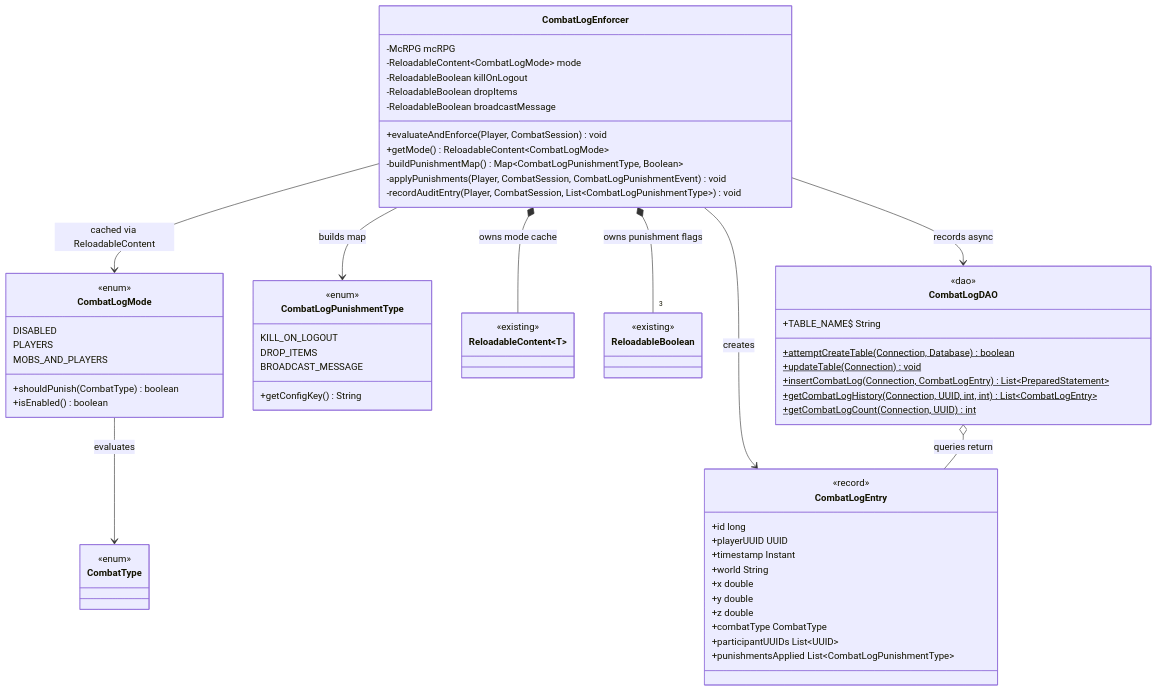
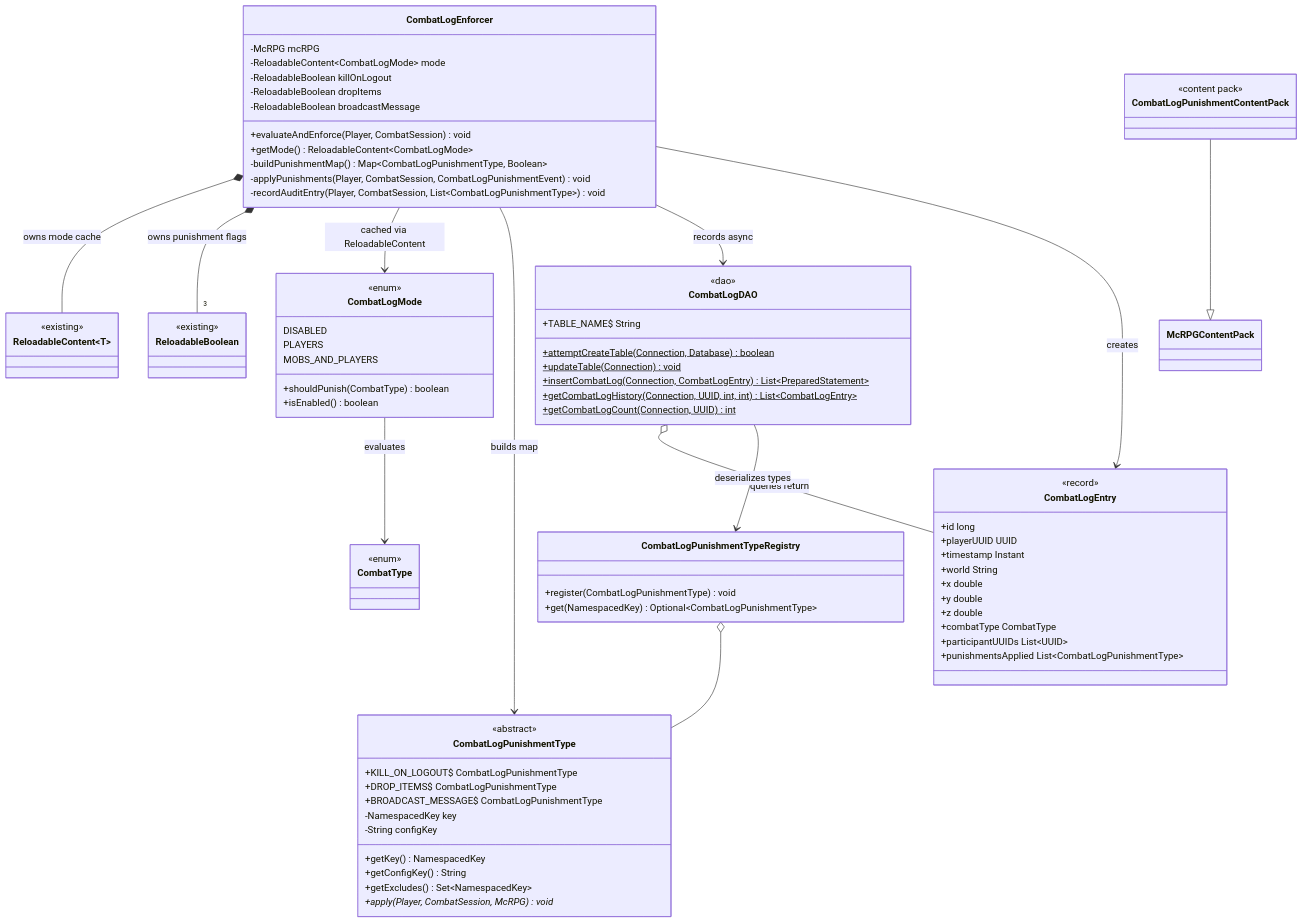
One commit to DiamondDagger590/McRPG changed the first of 4 diagrams in docs/lld/combat-tracker/phase-3-combat-log-and-display.md. Above: the diagram before and after it, drawn with Mermaid. The commit also changed other lines of this file, not shown here.

First line of the commit message:
Use localization manager broadcast in combat log LLD

````diff
--- a/docs/lld/combat-tracker/phase-3-combat-log-and-display.md
+++ b/docs/lld/combat-tracker/phase-3-combat-log-and-display.md
@@ -75,11 +78,25 @@
     }
 
     class CombatLogPunishmentType {
-        <<enum>>
-        KILL_ON_LOGOUT
-        DROP_ITEMS
-        BROADCAST_MESSAGE
+        <<abstract>>
+        +KILL_ON_LOGOUT$ CombatLogPunishmentType
+        +DROP_ITEMS$ CombatLogPunishmentType
+        +BROADCAST_MESSAGE$ CombatLogPunishmentType
+        -NamespacedKey key
+        -String configKey
+        +getKey() NamespacedKey
         +getConfigKey() String
+        +getExcludes() Set~NamespacedKey~
+        +apply(Player, CombatSession, McRPG)* void
+    }
+
+    class CombatLogPunishmentTypeRegistry {
+        +register(CombatLogPunishmentType) void
+        +get(NamespacedKey) Optional~CombatLogPunishmentType~
+    }
+
+    class CombatLogPunishmentContentPack {
+        <<content pack>>
     }
 
     class CombatLogEnforcer {
@@ -140,4 +157,7 @@
     CombatLogEnforcer --> CombatLogDAO : records async
     CombatLogEnforcer --> CombatLogEntry : creates
     CombatLogDAO o-- CombatLogEntry : queries return
+    CombatLogDAO --> CombatLogPunishmentTypeRegistry : deserializes types
+    CombatLogPunishmentTypeRegistry o-- CombatLogPunishmentType
+    CombatLogPunishmentContentPack --|> McRPGContentPack
 ```
````
